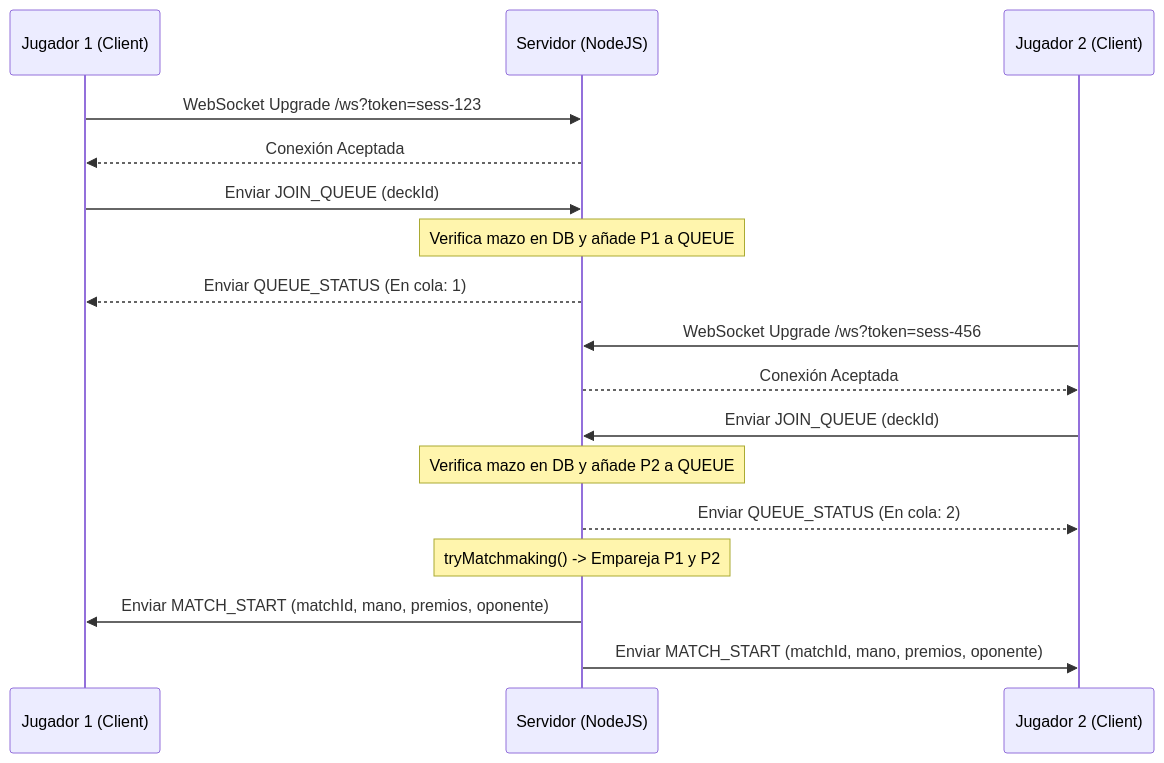
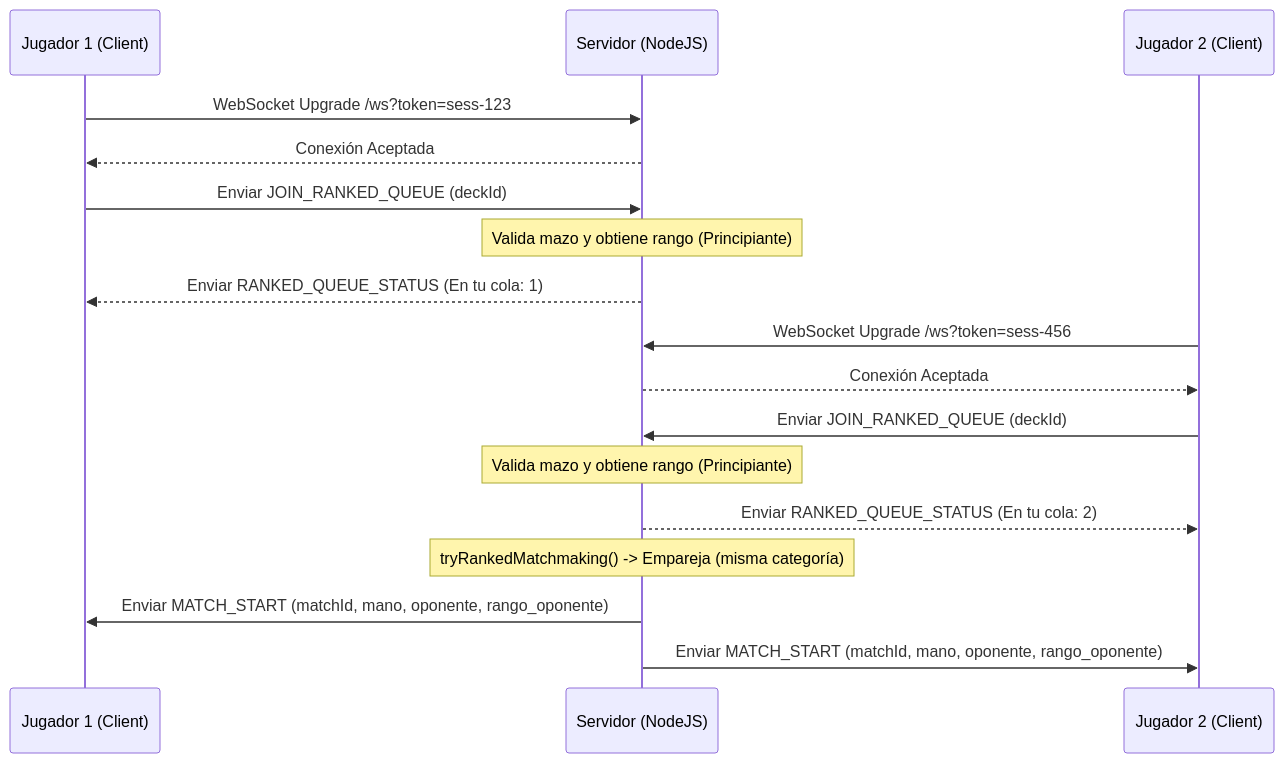
One commit to sheyk87/PokeTCG_Duel_Arena changed the diagram in Reportes/matchmaking_report.md. Above: the diagram before and after it, drawn with Mermaid. The commit also changed other lines of this file and 3 other files, not shown here.

````diff
--- a/Reportes/matchmaking_report.md
+++ b/Reportes/matchmaking_report.md
@@ -26,22 +27,22 @@
 ```mermaid
 sequenceDiagram
     participant P1 as Jugador 1 (Client)
     participant S as Servidor (NodeJS)
     participant P2 as Jugador 2 (Client)
     
     P1->>S: WebSocket Upgrade /ws?token=sess-123
     S-->>P1: Conexión Aceptada
-    P1->>S: Enviar JOIN_QUEUE (deckId)
-    Note over S: Verifica mazo en DB y añade P1 a QUEUE
-    S-->>P1: Enviar QUEUE_STATUS (En cola: 1)
+    P1->>S: Enviar JOIN_RANKED_QUEUE (deckId)
+    Note over S: Valida mazo y obtiene rango (Principiante)
+    S-->>P1: Enviar RANKED_QUEUE_STATUS (En tu cola: 1)
     
     P2->>S: WebSocket Upgrade /ws?token=sess-456
     S-->>P2: Conexión Aceptada
-    P2->>S: Enviar JOIN_QUEUE (deckId)
-    Note over S: Verifica mazo en DB y añade P2 a QUEUE
-    S-->>P2: Enviar QUEUE_STATUS (En cola: 2)
-    Note over S: tryMatchmaking() -> Empareja P1 y P2
+    P2->>S: Enviar JOIN_RANKED_QUEUE (deckId)
+    Note over S: Valida mazo y obtiene rango (Principiante)
+    S-->>P2: Enviar RANKED_QUEUE_STATUS (En tu cola: 2)
+    Note over S: tryRankedMatchmaking() -> Empareja (misma categoría)
     
-    S->>P1: Enviar MATCH_START (matchId, mano, premios, oponente)
-    S->>P2: Enviar MATCH_START (matchId, mano, premios, oponente)
+    S->>P1: Enviar MATCH_START (matchId, mano, oponente, rango_oponente)
+    S->>P2: Enviar MATCH_START (matchId, mano, oponente, rango_oponente)
 ```
````
